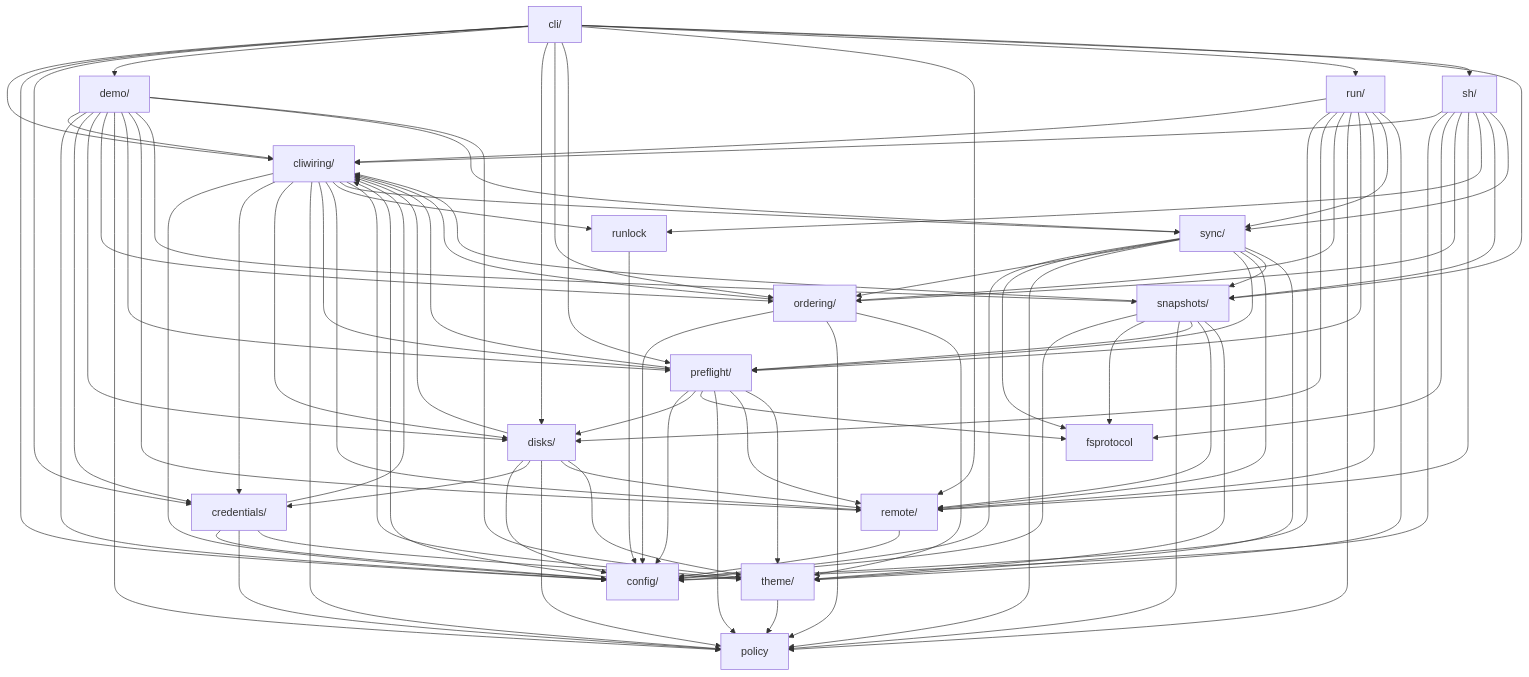
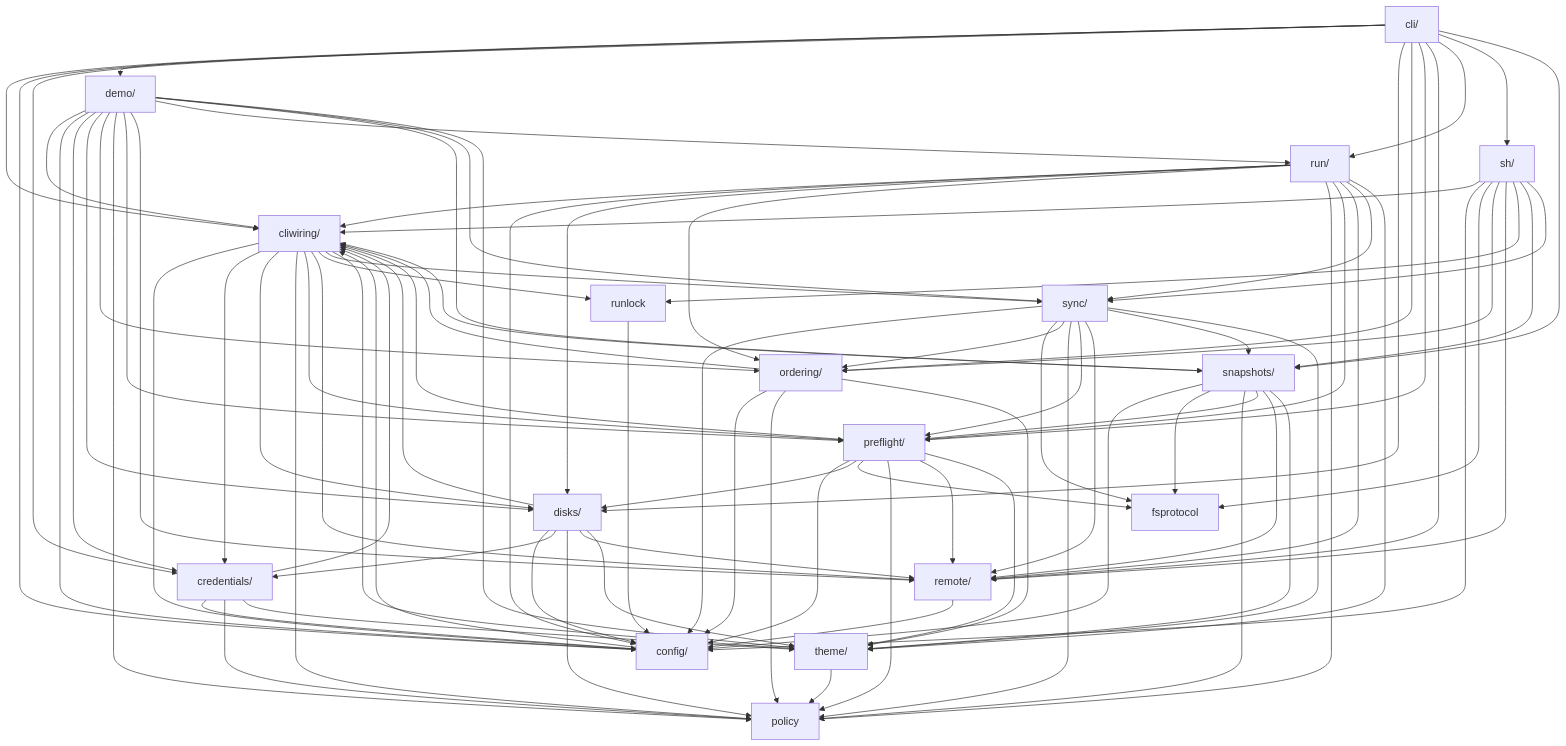
Before and after one commit to iglootools/nbkp: the diagram in docs/architecture.md, drawn with Mermaid. The commit also changed 2 other files, not shown here.

Commit message:
refactor: render run's own panel in demo output
demo output could not reach run's results panel or abort message while
they lived in run's Typer module, so it rebuilt parts of the panel from
the sync output sections. It now renders build_results_panel for a real
and a dry run, and abort_message, from run/output.py, so the demo shows
exactly what nbkp run prints.

```diff
--- a/docs/architecture.md
+++ b/docs/architecture.md
@@ -155,6 +155,7 @@
     demo --> policy
     demo --> preflight
     demo --> remote
+    demo --> run
     demo --> snapshots
     demo --> sync
     demo --> theme
```
